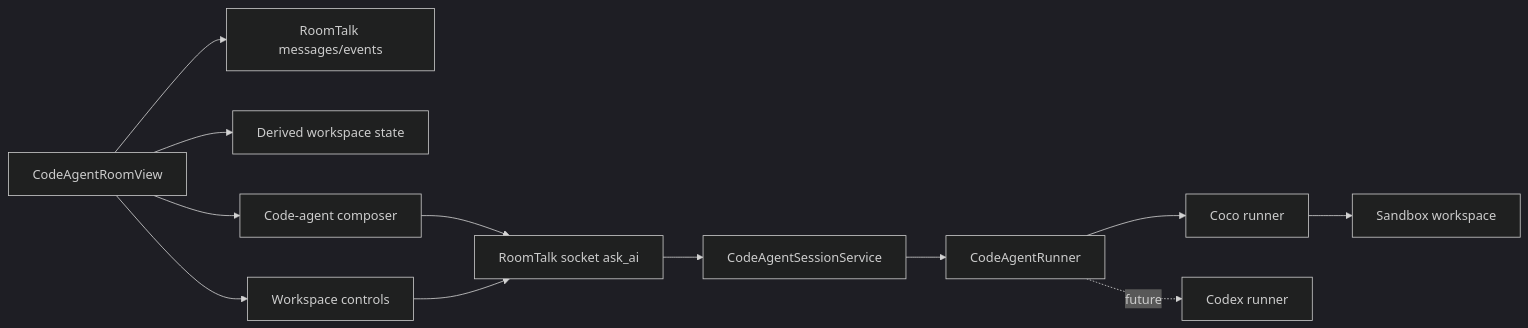
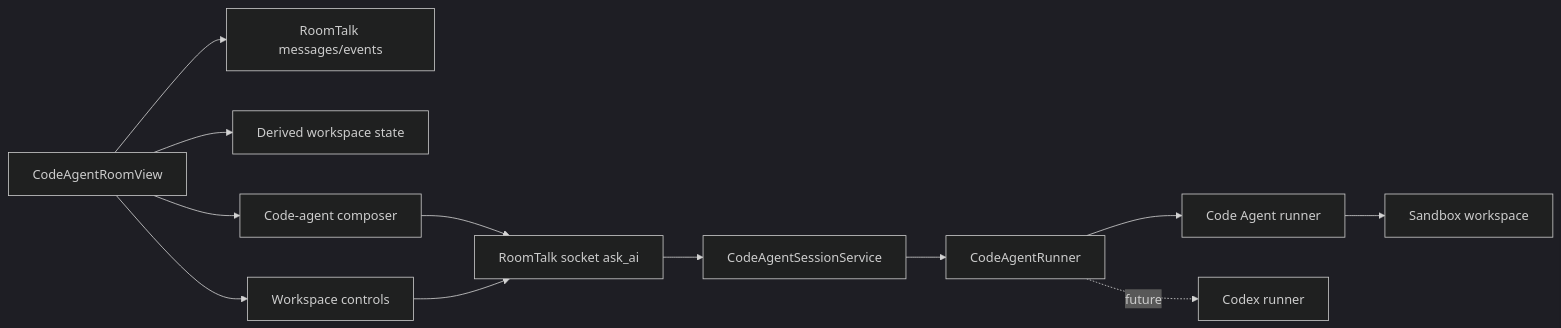
Before and after one commit to Skymore/roomtalk: the diagram in docs/code-agent-workspace-ui-plan.md, drawn with Mermaid (dark theme). The commit also changed other lines of this file and 207 other files, not shown here.

Commit message:
code-agent: migrate coco naming

````diff
--- a/docs/code-agent-workspace-ui-plan.md
+++ b/docs/code-agent-workspace-ui-plan.md
@@ -75,14 +75,14 @@
 ```mermaid
 flowchart LR
   UI["CodeAgentRoomView"] --> MSG["RoomTalk messages/events"]
   UI --> STATE["Derived workspace state"]
   UI --> RUN["Code-agent composer"]
   UI --> CTRL["Workspace controls"]
   RUN --> SOCK["RoomTalk socket ask_ai"]
   CTRL --> SOCK
   SOCK --> SVC["CodeAgentSessionService"]
   SVC --> BACKEND["CodeAgentRunner"]
-  BACKEND --> COCO["Coco runner"]
+  BACKEND --> CODE_AGENT["Code Agent runner"]
   BACKEND -. future .-> CODEX["Codex runner"]
-  COCO --> E2B["Sandbox workspace"]
+  CODE_AGENT --> E2B["Sandbox workspace"]
 ```
````
